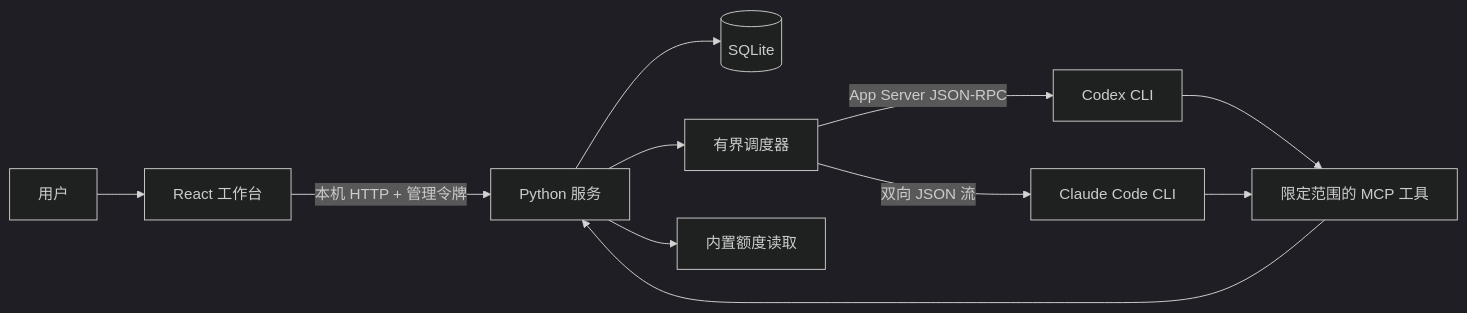
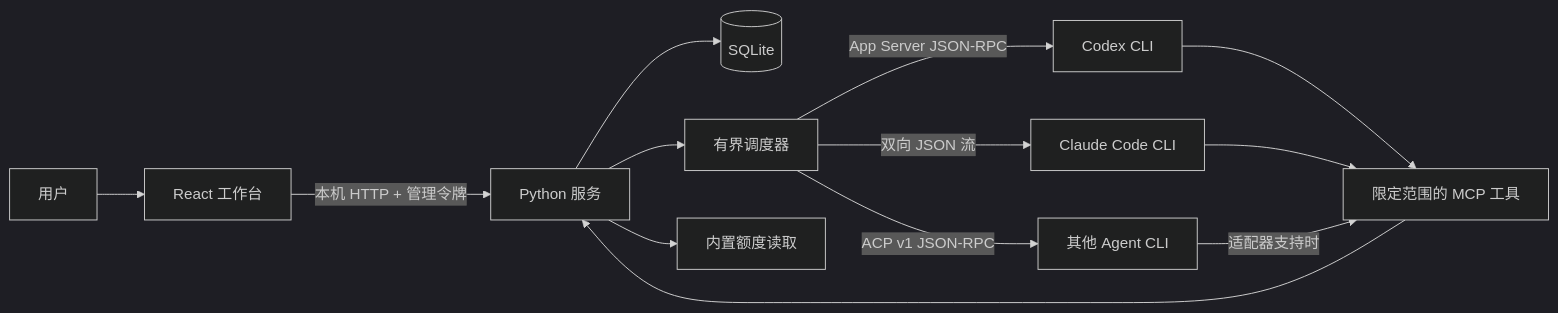
One commit to NginxL/AgentDock changed the first of 3 diagrams in docs/ARCHITECTURE.zh-CN.md. Above: the diagram before and after it, drawn with Mermaid (dark theme). The commit also changed other lines of this file and 57 other files, not shown here.

Commit message:
Support mainstream agent CLIs through isolated ACP sessions

````diff
--- a/docs/ARCHITECTURE.zh-CN.md
+++ b/docs/ARCHITECTURE.zh-CN.md
@@ -9,13 +9,15 @@
 ```mermaid
 flowchart LR
   Human[用户] --> UI[React 工作台]
   UI -->|本机 HTTP + 管理令牌| API[Python 服务]
   API --> DB[(SQLite)]
   API --> Queue[有界调度器]
   Queue -->|App Server JSON-RPC| Codex[Codex CLI]
   Queue -->|双向 JSON 流| Claude[Claude Code CLI]
+  Queue -->|ACP v1 JSON-RPC| ACP[其他 Agent CLI]
   Codex --> MCP[限定范围的 MCP 工具]
   Claude --> MCP
+  ACP -->|适配器支持时| MCP
   MCP --> API
   API --> Meter[内置额度读取]
 ```
````
